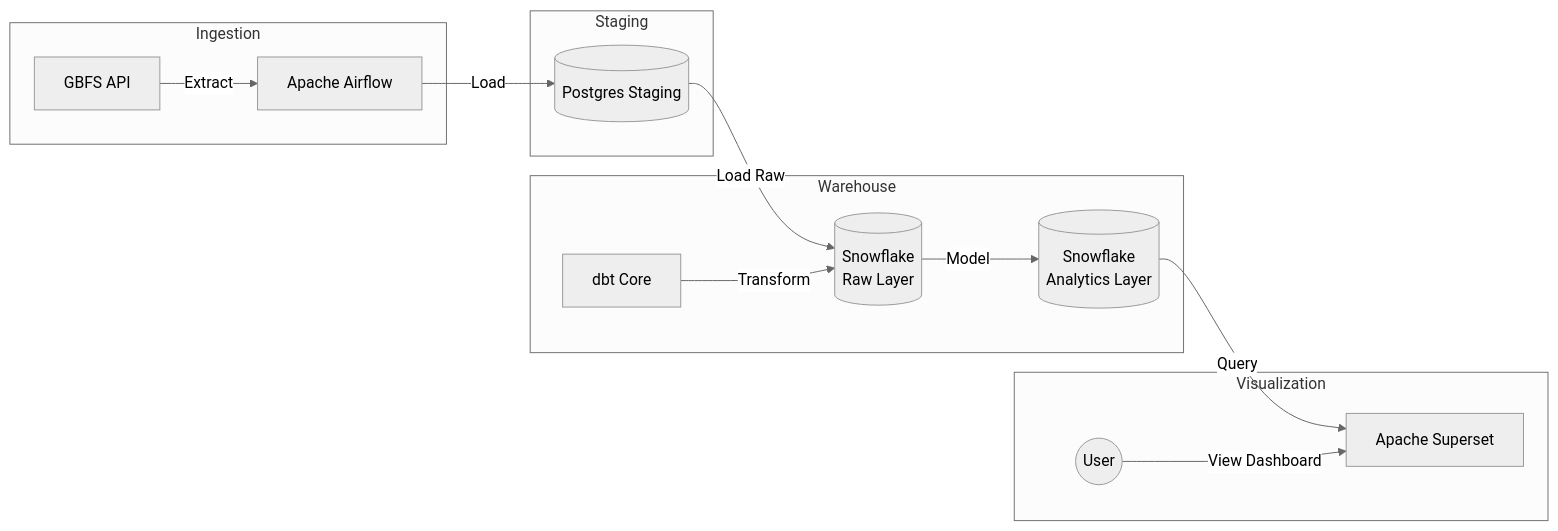
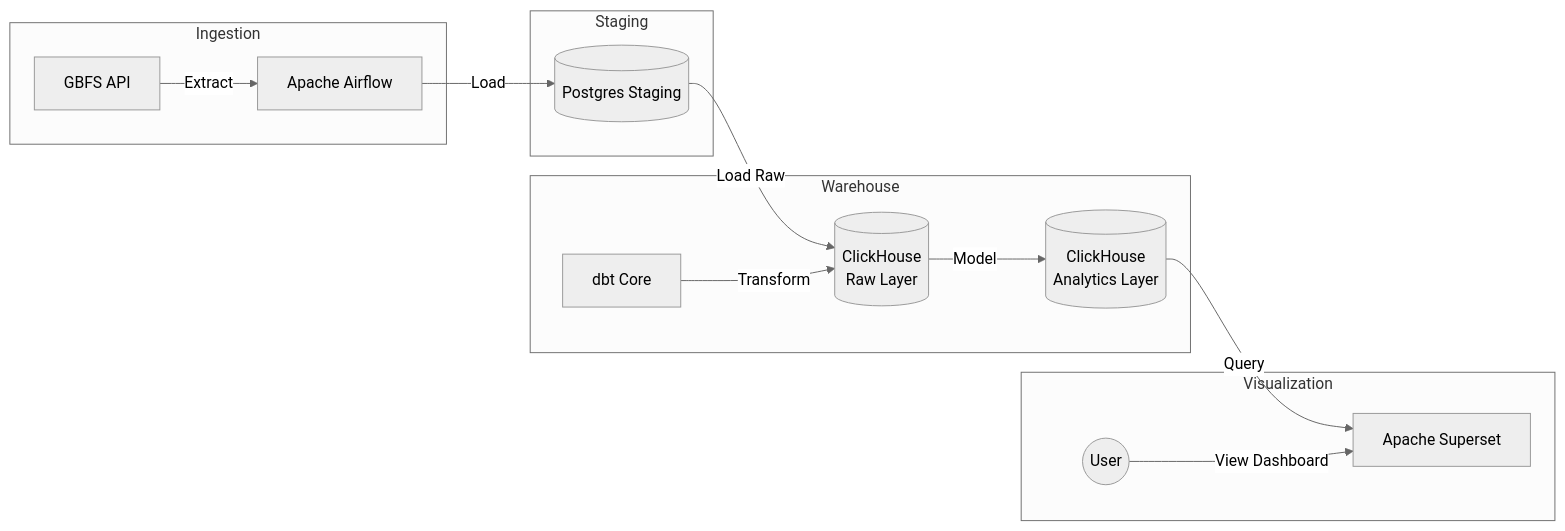
The diagram in README.md (denisvieru9463767/bike-share-de-project), drawn with Mermaid (neutral theme) before and after one commit. The commit also changed other lines of this file and 23 other files, not shown here.

````diff
--- a/README.md
+++ b/README.md
@@ -54,21 +54,21 @@
 ```mermaid 
 flowchart LR
     subgraph Ingestion
         API[GBFS API] -->|Extract| Airflow[Apache Airflow]
     end
 
     subgraph Staging
         Airflow -->|Load| Postgres[(Postgres Staging)]
     end
 
     subgraph Warehouse
-        Postgres -->|Load Raw| SnowRaw[(Snowflake\nRaw Layer)]
-        dbt[dbt Core] -->|Transform| SnowRaw
-        SnowRaw -->|Model| SnowAnalytics[(Snowflake\nAnalytics Layer)]
+        Postgres -->|Load Raw| CHRaw[(ClickHouse\nRaw Layer)]
+        dbt[dbt Core] -->|Transform| CHRaw
+        CHRaw -->|Model| CHAnalytics[(ClickHouse\nAnalytics Layer)]
     end
 
     subgraph Visualization
-        SnowAnalytics -->|Query| Superset[Apache Superset]
+        CHAnalytics -->|Query| Superset[Apache Superset]
         User((User)) -->|View Dashboard| Superset
     end
 ```
````
